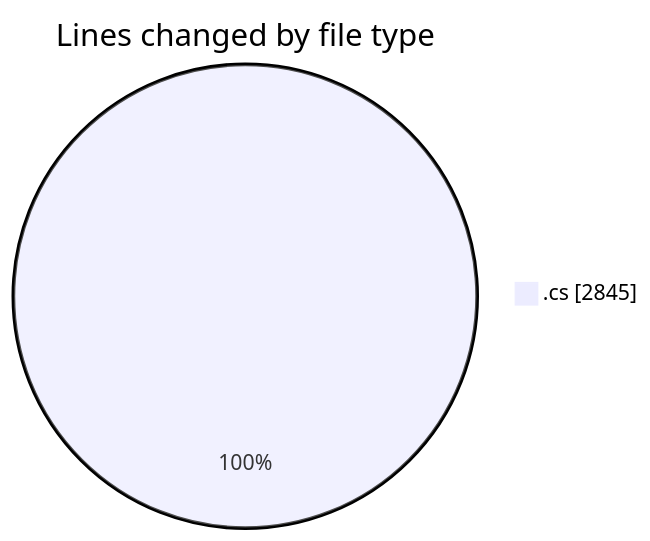
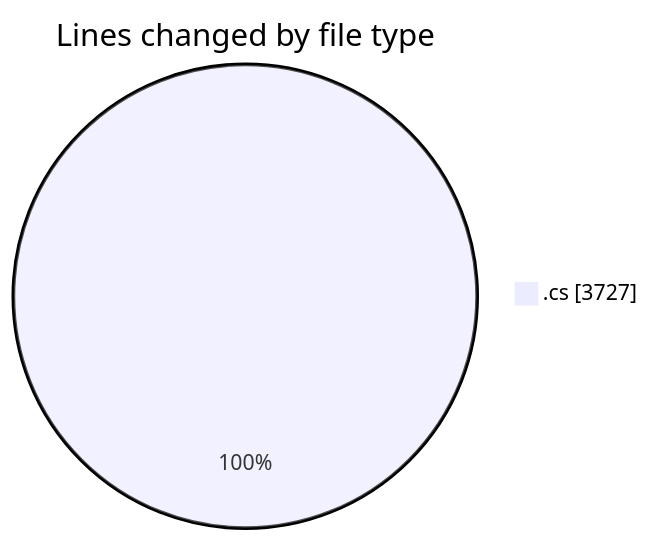
Before and after one commit to Netris89/code-tracking: the first of 2 diagrams in 2025-03-26/back-end/README.md, drawn with Mermaid. The commit also changed other lines of this file and 1 other file, not shown here.

````diff
--- a/2025-03-26/back-end/README.md
+++ b/2025-03-26/back-end/README.md
@@ -45,5 +45,5 @@
 ```mermaid
 pie showData
 title Lines changed by file type
-".cs" : 2845
+".cs" : 3727
 ```
````
